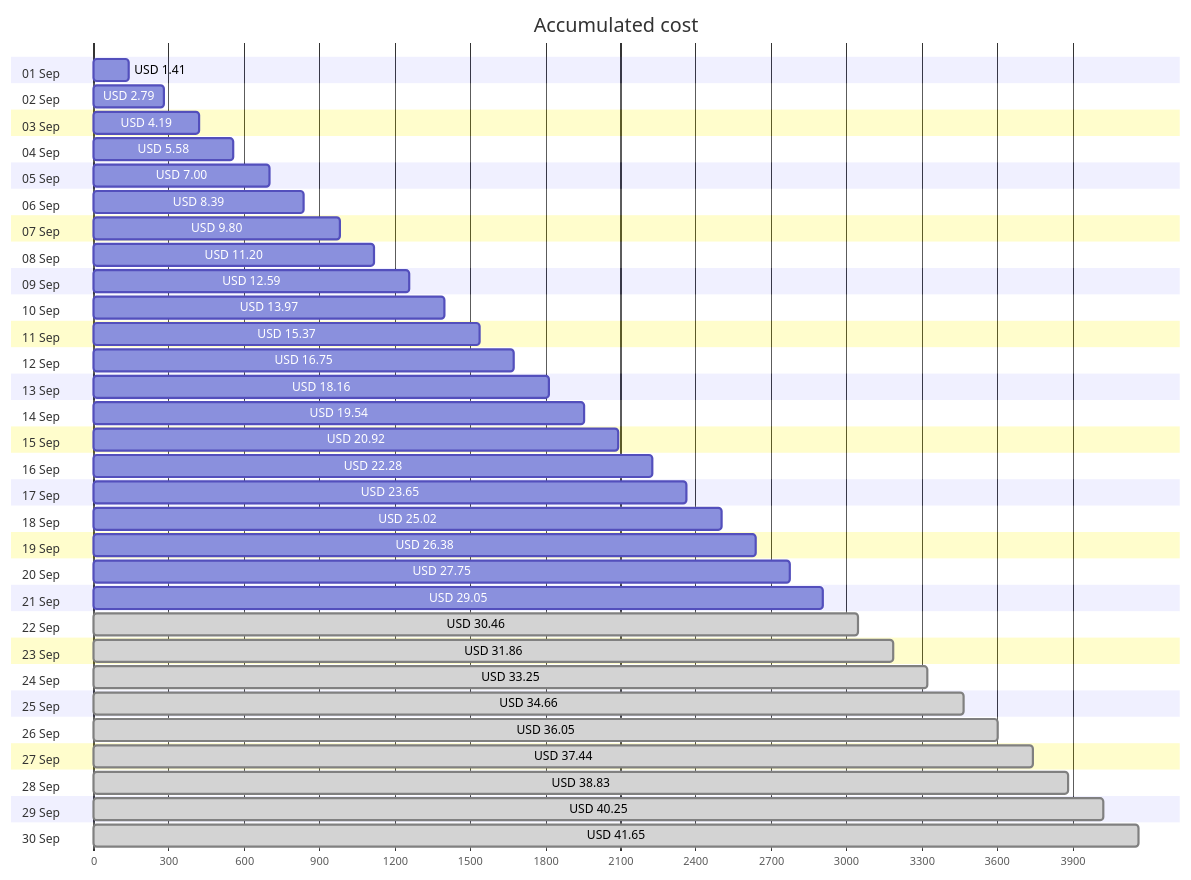
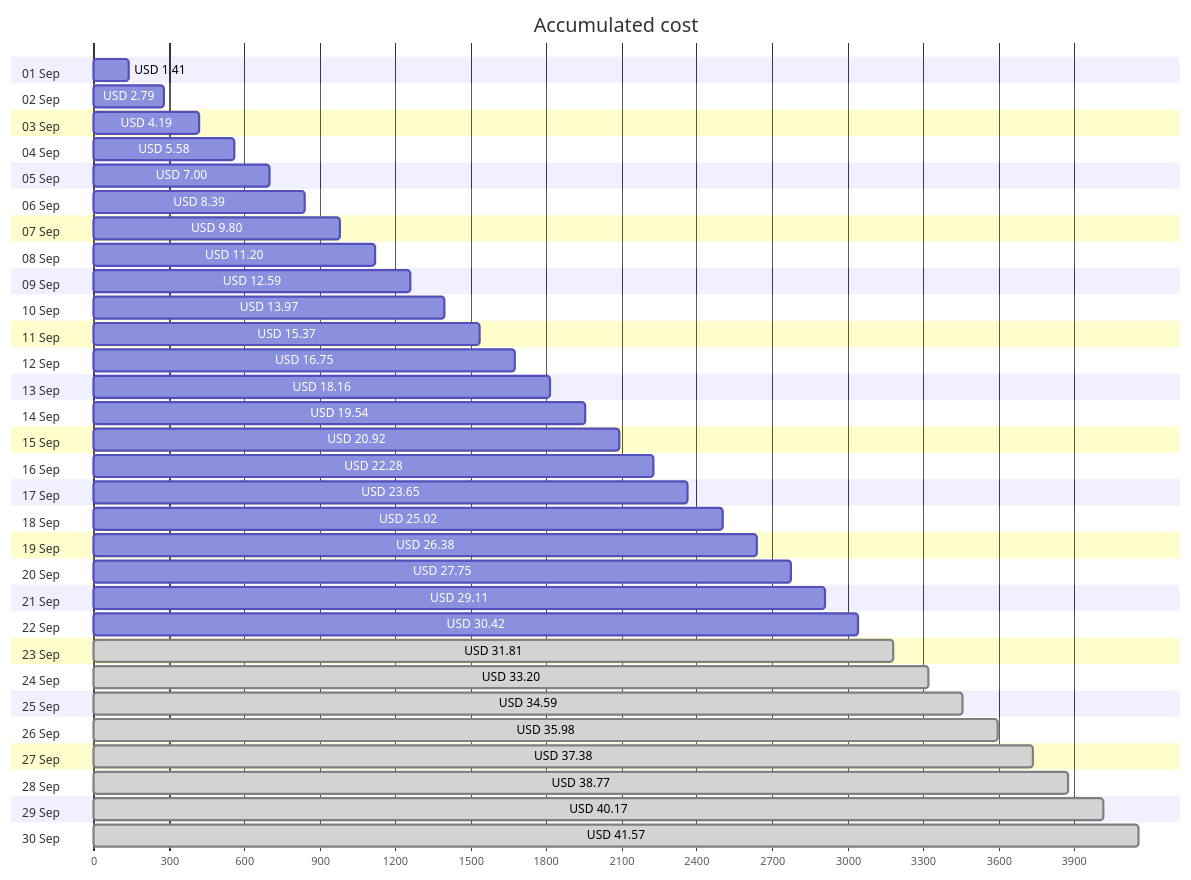
Before and after one commit to jpfulton/azure-personal-reports: the first of 4 diagrams in cost-reports/personal-network/backup-data-disk.md, drawn with Mermaid. The commit also changed other lines of this file and 9 other files, not shown here.

````diff
--- a/cost-reports/personal-network/backup-data-disk.md
+++ b/cost-reports/personal-network/backup-data-disk.md
@@ -20,66 +20,66 @@
 ```mermaid
 gantt
    title Accumulated cost
    dateFormat  X
    axisFormat %s
    section 01 Sep
    USD 1.41 :0, 141
    section 02 Sep
    USD 2.79 :0, 279
    section 03 Sep
    USD 4.19 :0, 419
    section 04 Sep
    USD 5.58 :0, 558
    section 05 Sep
    USD 7.00 :0, 700
    section 06 Sep
    USD 8.39 :0, 839
    section 07 Sep
    USD 9.80 :0, 980
    section 08 Sep
    USD 11.20 :0, 1120
    section 09 Sep
    USD 12.59 :0, 1259
    section 10 Sep
    USD 13.97 :0, 1397
    section 11 Sep
    USD 15.37 :0, 1537
    section 12 Sep
    USD 16.75 :0, 1675
    section 13 Sep
    USD 18.16 :0, 1816
    section 14 Sep
    USD 19.54 :0, 1954
    section 15 Sep
    USD 20.92 :0, 2092
    section 16 Sep
    USD 22.28 :0, 2228
    section 17 Sep
    USD 23.65 :0, 2365
    section 18 Sep
    USD 25.02 :0, 2502
    section 19 Sep
    USD 26.38 :0, 2638
    section 20 Sep
    USD 27.75 :0, 2775
    section 21 Sep
-   USD 29.05 :0, 2905
+   USD 29.11 :0, 2911
    section 22 Sep
-   USD 30.46 : done, 0, 3046
+   USD 30.42 :0, 3042
    section 23 Sep
-   USD 31.86 : done, 0, 3186
+   USD 31.81 : done, 0, 3181
    section 24 Sep
-   USD 33.25 : done, 0, 3325
+   USD 33.20 : done, 0, 3320
    section 25 Sep
-   USD 34.66 : done, 0, 3466
+   USD 34.59 : done, 0, 3459
    section 26 Sep
-   USD 36.05 : done, 0, 3605
+   USD 35.98 : done, 0, 3598
    section 27 Sep
-   USD 37.44 : done, 0, 3744
+   USD 37.38 : done, 0, 3738
    section 28 Sep
-   USD 38.83 : done, 0, 3883
+   USD 38.77 : done, 0, 3877
    section 29 Sep
-   USD 40.25 : done, 0, 4025
+   USD 40.17 : done, 0, 4017
    section 30 Sep
-   USD 41.65 : done, 0, 4165
+   USD 41.57 : done, 0, 4157
 ```
````
